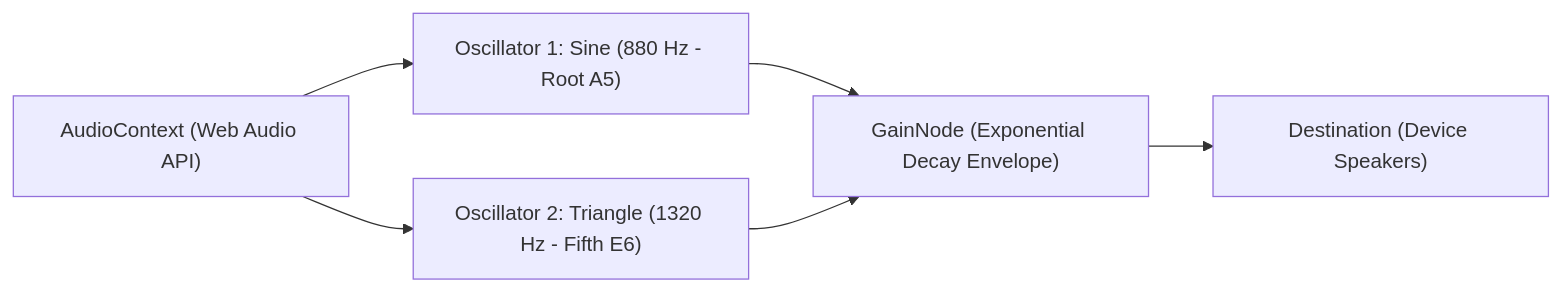
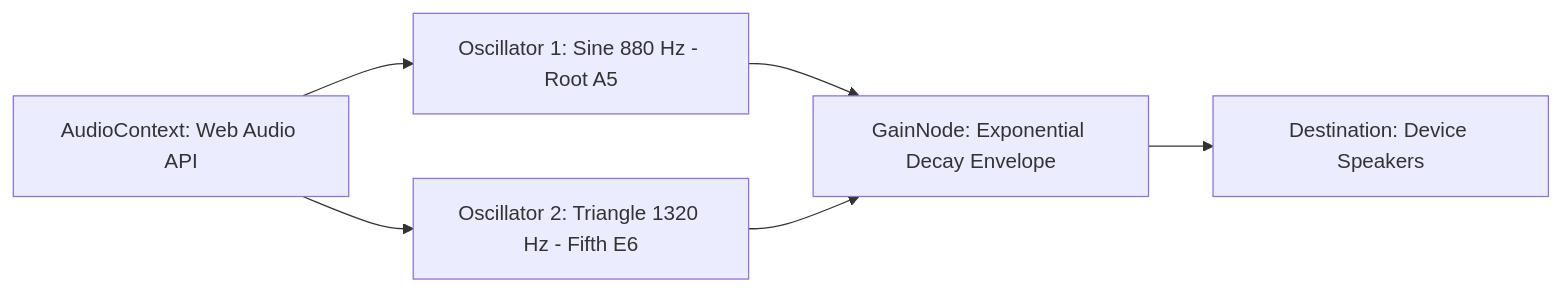
One commit to ihjohny/DeliveryOS changed the diagram in context_docs/architecture-decision-records/ADR-007-web-audio-api-synthesized-kds-chime.md. Above: the diagram before and after it, drawn with Mermaid. The commit also changed 5 other files, not shown here.

Commit message:
fix(adr): sanitize Mermaid diagram syntax across ADR suite for GitHub rich display rendering

````diff
--- a/context_docs/architecture-decision-records/ADR-007-web-audio-api-synthesized-kds-chime.md
+++ b/context_docs/architecture-decision-records/ADR-007-web-audio-api-synthesized-kds-chime.md
@@ -36,14 +36,14 @@
 ```mermaid
 flowchart LR
-    Ctx["AudioContext (Web Audio API)"]
-    Osc1["Oscillator 1: Sine (880 Hz - Root A5)"]
-    Osc2["Oscillator 2: Triangle (1320 Hz - Fifth E6)"]
-    Gain["GainNode (Exponential Decay Envelope)"]
-    Speakers["Destination (Device Speakers)"]
+    Ctx["AudioContext: Web Audio API"]
+    Osc1["Oscillator 1: Sine 880 Hz - Root A5"]
+    Osc2["Oscillator 2: Triangle 1320 Hz - Fifth E6"]
+    Gain["GainNode: Exponential Decay Envelope"]
+    Speakers["Destination: Device Speakers"]
 
     Ctx --> Osc1
     Ctx --> Osc2
     Osc1 --> Gain
     Osc2 --> Gain
     Gain --> Speakers
 ```
````
